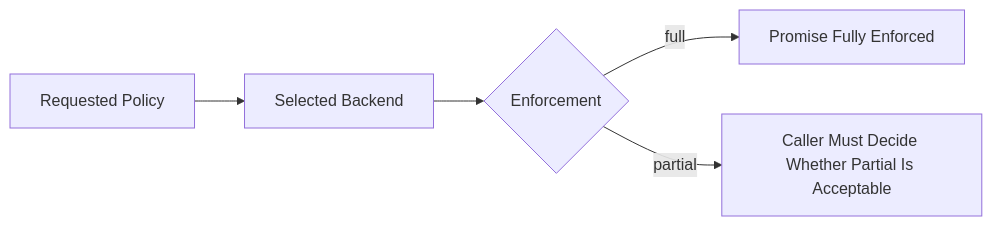
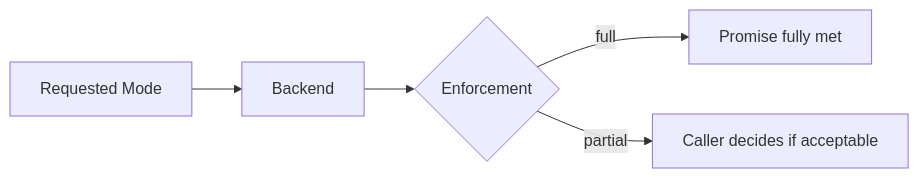
One commit to indigofeather/harness-book changed the second of 3 diagrams in docs/deepseek/security-and-approvals.md. Above: the diagram before and after it, drawn with Mermaid. The commit also changed other lines of this file and 48 other files, not shown here.

````diff
--- a/docs/deepseek/security-and-approvals.md
+++ b/docs/deepseek/security-and-approvals.md
@@ -107,7 +76,7 @@
 ```mermaid
 flowchart LR
-  R[Requested Policy] --> B[Selected Backend]
+  R[Requested Mode] --> B[Backend]
   B --> E{Enforcement}
-  E -->|full| OK[Promise Fully Enforced]
-  E -->|partial| W[Caller Must Decide Whether Partial Is Acceptable]
+  E -->|full| F[Promise fully met]
+  E -->|partial| P[Caller decides if acceptable]
 ```
````
